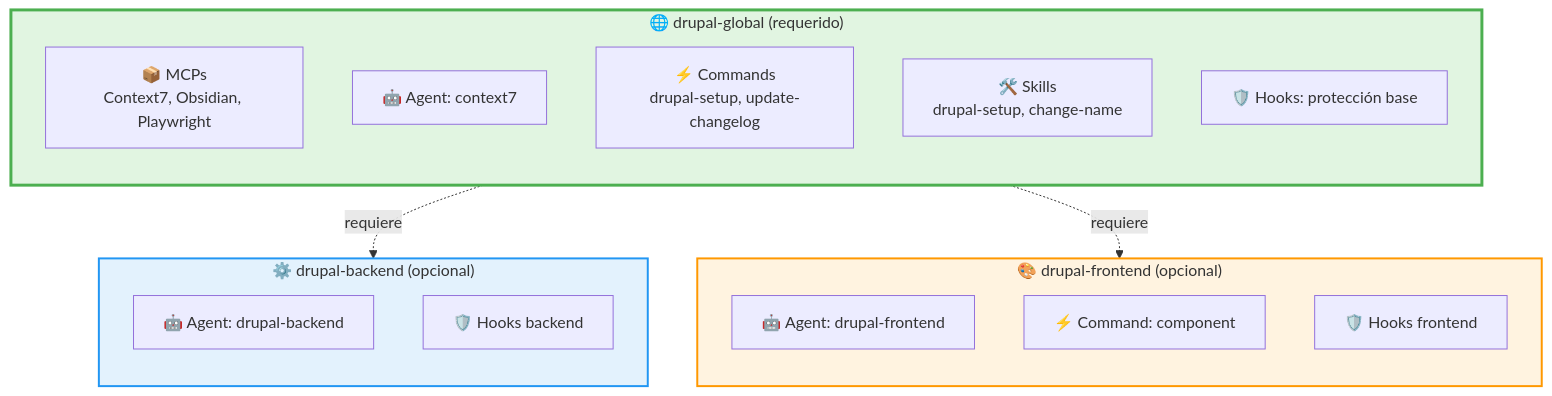
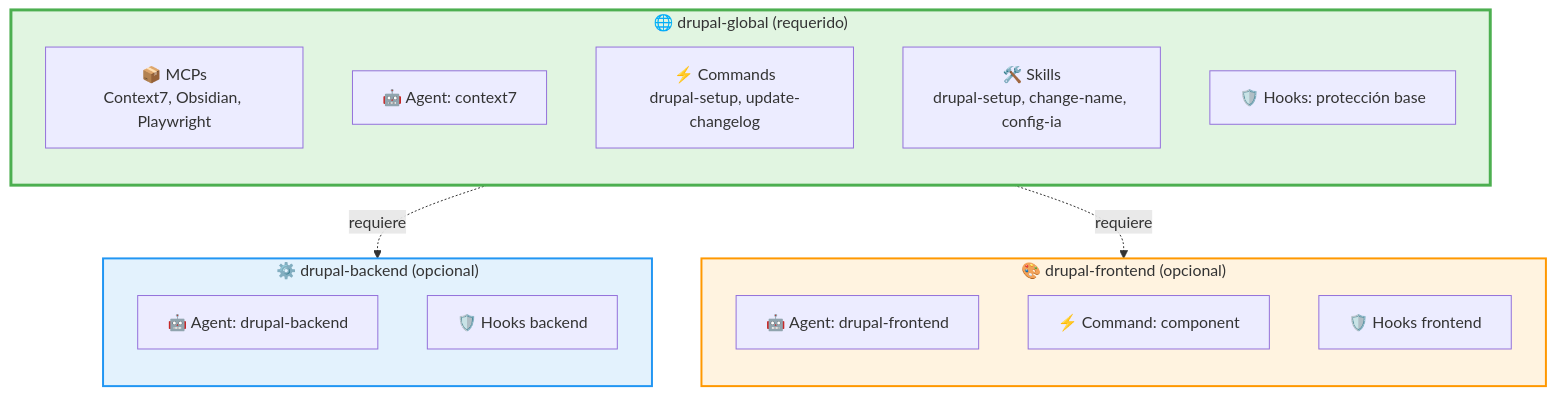
The diagram in README.md (oscarnovasf/claude-drupal-plugin), drawn with Mermaid before and after one commit. The commit also changed other lines of this file and 10 other files, not shown here.

````diff
--- a/README.md
+++ b/README.md
@@ -97,31 +102,31 @@
 ```mermaid
 graph TB
     subgraph global["🌐 drupal-global (requerido)"]
         direction TB
         mcp["📦 MCPs<br/>Context7, Obsidian, Playwright"]
         agent_g["🤖 Agent: context7"]
         cmd_g["⚡ Commands<br/>drupal-setup, update-changelog"]
-        skill_g["🛠️ Skills<br/>drupal-setup, change-name"]
+        skill_g["🛠️ Skills<br/>drupal-setup, change-name, config-ia"]
         hook_g["🛡️ Hooks: protección base"]
     end
 
     subgraph backend["⚙️ drupal-backend (opcional)"]
         direction TB
         agent_b["🤖 Agent: drupal-backend"]
         hook_b["🛡️ Hooks backend"]
     end
 
     subgraph frontend["🎨 drupal-frontend (opcional)"]
         direction TB
         agent_f["🤖 Agent: drupal-frontend"]
         cmd_f["⚡ Command: component"]
         hook_f["🛡️ Hooks frontend"]
     end
 
     global -.->|requiere| backend
     global -.->|requiere| frontend
 
     style global fill:#e1f5e1,stroke:#4caf50,stroke-width:3px
     style backend fill:#e3f2fd,stroke:#2196f3,stroke-width:2px
     style frontend fill:#fff3e0,stroke:#ff9800,stroke-width:2px
 ```
````
